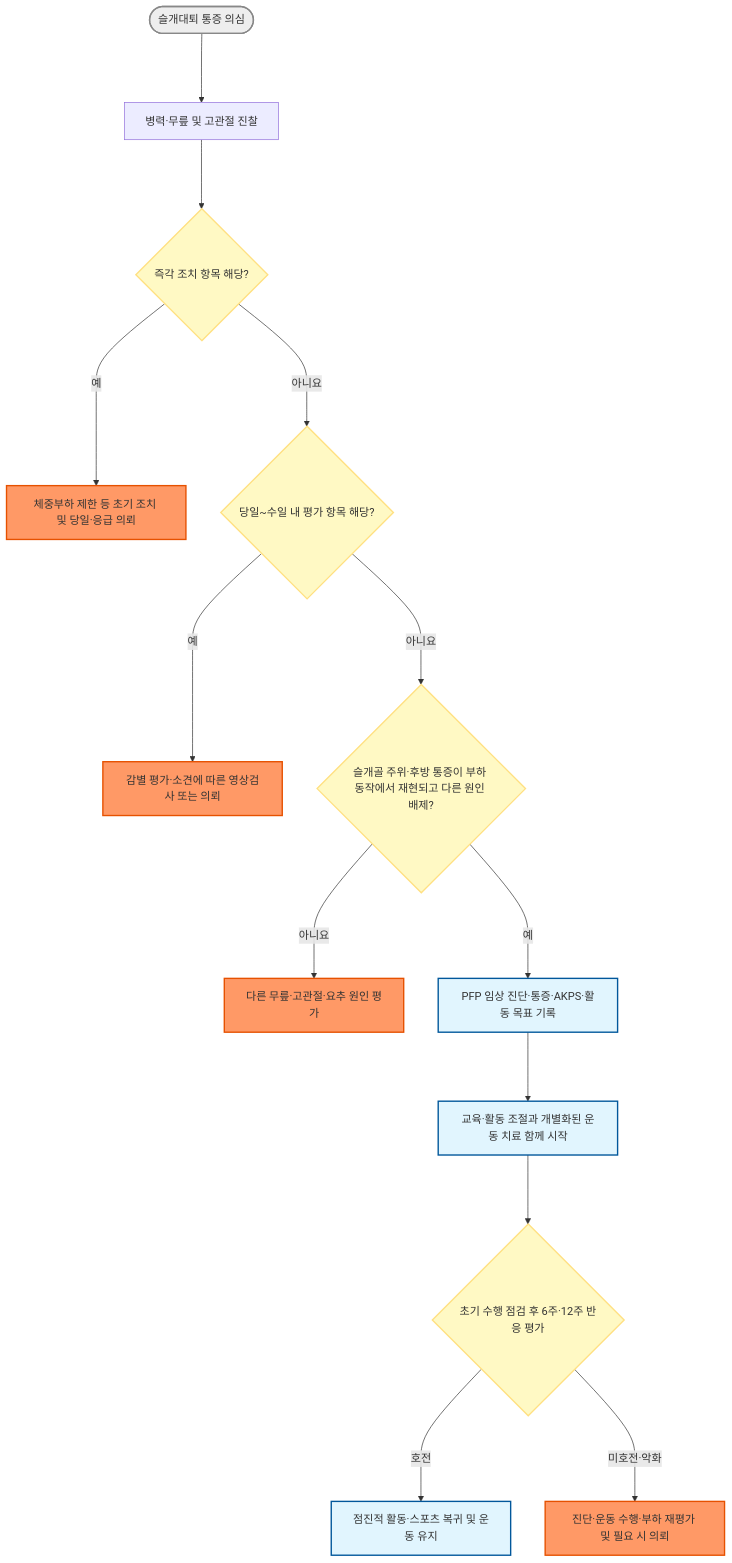
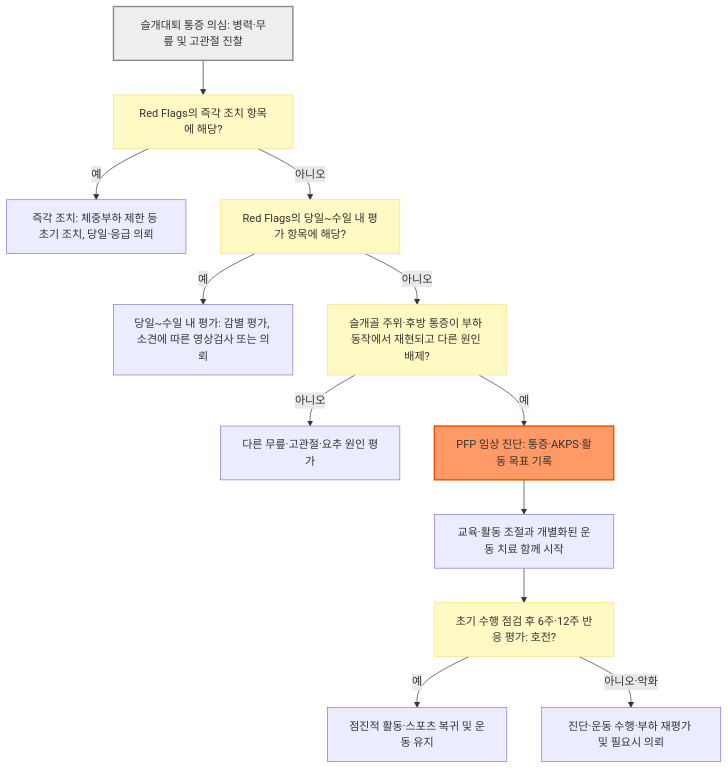
The diagram in 228_/145_-patellofemoral-pain-syndrome.md (familyoh77/familyoh77), drawn with Mermaid before and after one commit. The commit also changed other lines of this file and 10 other files, not shown here.

````diff
--- a/228_/145_-patellofemoral-pain-syndrome.md
+++ b/228_/145_-patellofemoral-pain-syndrome.md
@@ -151,24 +151,19 @@
 ```mermaid
-graph TD
-    Start(["슬개대퇴 통증 의심"]) ---> A["병력·무릎 및 고관절 진찰"]
-    A ---> RF{"즉각 조치 항목 해당?"}
-    RF --->|예| C["체중부하 제한 등 초기 조치 및 당일·응급 의뢰"]
-    RF --->|아니요| U{"당일~수일 내 평가 항목 해당?"}
-    U --->|예| V["감별 평가·소견에 따른 영상검사 또는 의뢰"]
-    U --->|아니요| D{"슬개골 주위·후방 통증이 부하 동작에서 재현되고 다른 원인 배제?"}
-    D --->|아니요| X["다른 무릎·고관절·요추 원인 평가"]
-    D --->|예| F["PFP 임상 진단·통증·AKPS·활동 목표 기록"]
-    F ---> H["교육·활동 조절과 개별화된 운동 치료 함께 시작"]
-    H ---> I{"초기 수행 점검 후 6주·12주 반응 평가"}
-    I --->|호전| J["점진적 활동·스포츠 복귀 및 운동 유지"]
-    I --->|미호전·악화| K["진단·운동 수행·부하 재평가 및 필요 시 의뢰"]
+flowchart TD
+    A["슬개대퇴 통증 의심: 병력·무릎 및 고관절 진찰"] --> B["Red Flags의 즉각 조치 항목에 해당?"]
+    B -- "예" --> C["즉각 조치: 체중부하 제한 등 초기 조치, 당일·응급 의뢰"]
+    B -- "아니오" --> D["Red Flags의 당일~수일 내 평가 항목에 해당?"]
+    D -- "예" --> E["당일~수일 내 평가: 감별 평가, 소견에 따른 영상검사 또는 의뢰"]
+    D -- "아니오" --> F["슬개골 주위·후방 통증이 부하 동작에서 재현되고 다른 원인 배제?"]
+    F -- "아니오" --> G["다른 무릎·고관절·요추 원인 평가"]
+    F -- "예" --> H["PFP 임상 진단: 통증·AKPS·활동 목표 기록"]
+    H --> I["교육·활동 조절과 개별화된 운동 치료 함께 시작"]
+    I --> J["초기 수행 점검 후 6주·12주 반응 평가: 호전?"]
+    J -- "예" --> K["점진적 활동·스포츠 복귀 및 운동 유지"]
+    J -- "아니오·악화" --> L["진단·운동 수행·부하 재평가 및 필요시 의뢰"]
 
-    class RF,U,D,I question
-    class C,V,X,K refer
-    class F,H,J action
-    class Start start
-    classDef start fill:#eeeeee,stroke:#888888,stroke-width:2px
-    classDef question fill:#fff9c4,stroke:#ffe082,stroke-width:2px
-    classDef refer fill:#f96,stroke:#e65100,stroke-width:2px
-    classDef action fill:#e1f5fe,stroke:#01579b,stroke-width:2px
+    classDef question fill:#fff9c4,stroke:#ffe082
+    class B,D,F,J question
+    style A fill:#eeeeee,stroke:#888888,stroke-width:2px
+    style H fill:#f96,stroke:#e65100,stroke-width:2px
 ```
````
